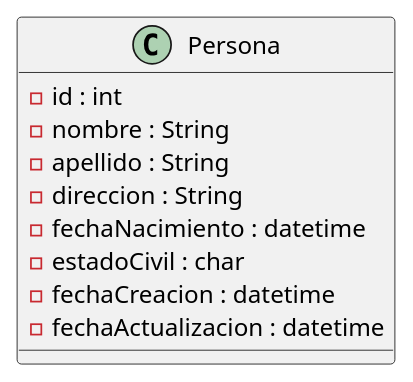
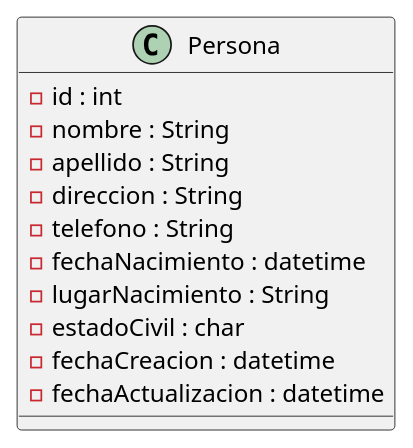
One commit to julcaso/inf420 changed the diagram in dbscripts/persona-uml-class.puml. Above: the diagram before and after it, drawn with PlantUML.

```diff
--- a/dbscripts/persona-uml-class.puml
+++ b/dbscripts/persona-uml-class.puml
@@ -1,12 +1,14 @@
 @startuml
    class Persona{
        - id : int
        - nombre : String
        - apellido : String
-       - direccion : String 
+       - direccion : String
+       - telefono : String
        - fechaNacimiento : datetime
+       - lugarNacimiento : String
        - estadoCivil : char 
        - fechaCreacion : datetime
        - fechaActualizacion : datetime
    }
 @enduml
```
